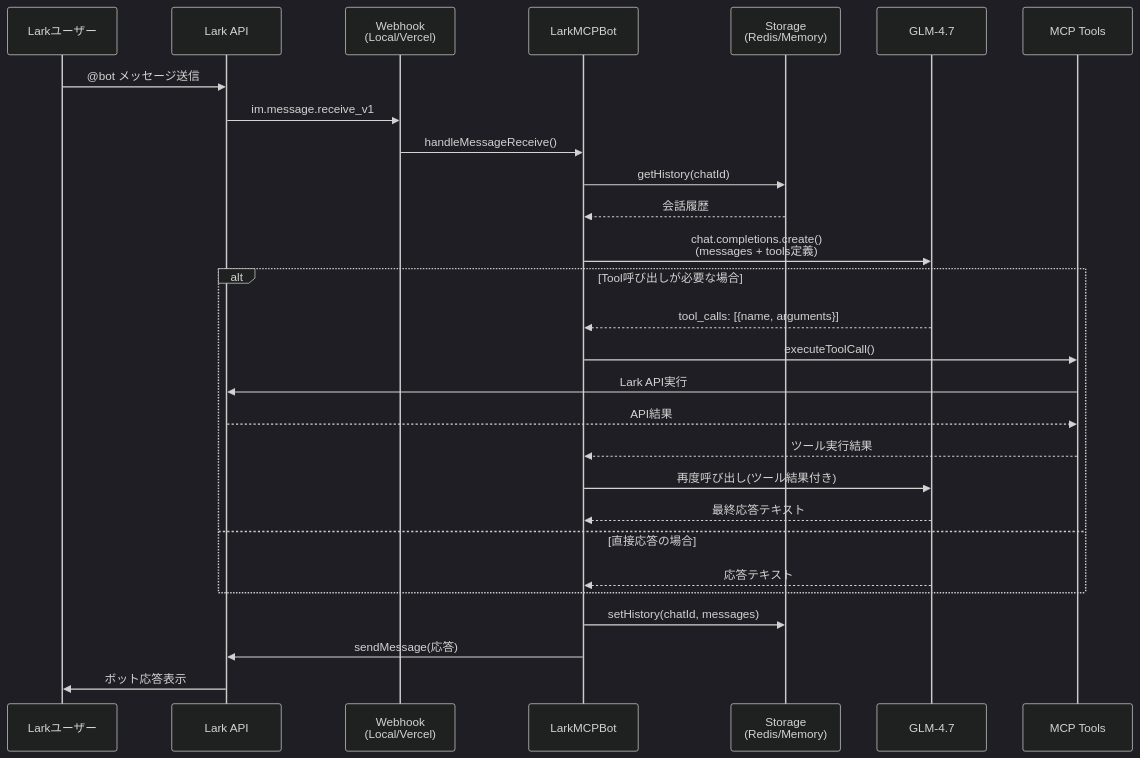
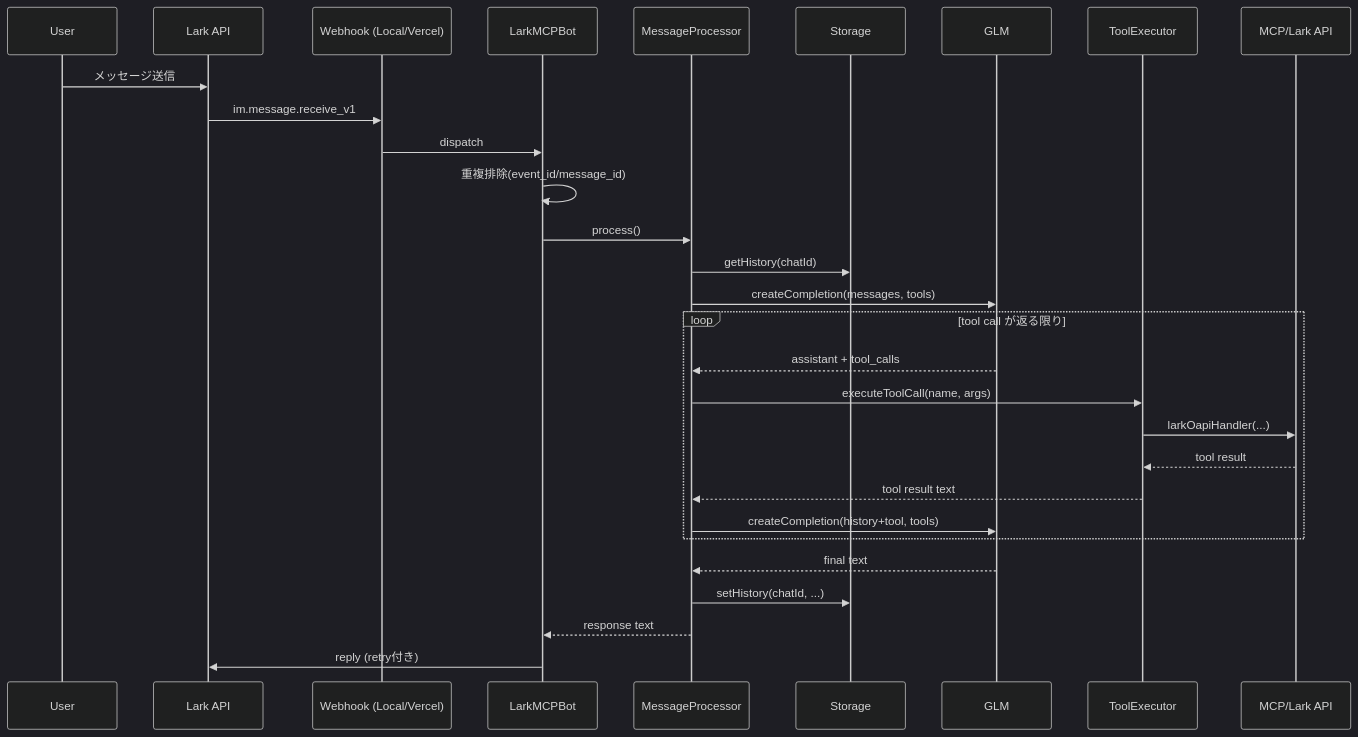
One commit to shoma-endo/lark-mcp-bot changed the second of 2 diagrams in README.md. Above: the diagram before and after it, drawn with Mermaid (dark theme). The commit also changed other lines of this file, not shown here.

Commit message:
docs: refresh README architecture to match current implementation

````diff
--- a/README.md
+++ b/README.md
@@ -74,35 +89,34 @@
 ```mermaid
 sequenceDiagram
-    participant U as Larkユーザー
+    participant U as User
     participant L as Lark API
-    participant W as Webhook<br/>(Local/Vercel)
+    participant W as Webhook (Local/Vercel)
     participant B as LarkMCPBot
-    participant S as Storage<br/>(Redis/Memory)
-    participant G as GLM-4.7
-    participant M as MCP Tools
+    participant P as MessageProcessor
+    participant S as Storage
+    participant G as GLM
+    participant T as ToolExecutor
+    participant M as MCP/Lark API
 
-    U->>L: @bot メッセージ送信
+    U->>L: メッセージ送信
     L->>W: im.message.receive_v1
-    W->>B: handleMessageReceive()
+    W->>B: dispatch
+    B->>B: 重複排除(event_id/message_id)
+    B->>P: process()
+    P->>S: getHistory(chatId)
+    P->>G: createCompletion(messages, tools)
 
-    B->>S: getHistory(chatId)
-    S-->>B: 会話履歴
-
-    B->>G: chat.completions.create()<br/>(messages + tools定義)
-
-    alt Tool呼び出しが必要な場合
-        G-->>B: tool_calls: [{name, arguments}]
-        B->>M: executeToolCall()
-        M->>L: Lark API実行
-        L-->>M: API結果
-        M-->>B: ツール実行結果
-        B->>G: 再度呼び出し(ツール結果付き)
-        G-->>B: 最終応答テキスト
-    else 直接応答の場合
-        G-->>B: 応答テキスト
+    loop tool call が返る限り
+        G-->>P: assistant + tool_calls
+        P->>T: executeToolCall(name, args)
+        T->>M: larkOapiHandler(...)
+        M-->>T: tool result
+        T-->>P: tool result text
+        P->>G: createCompletion(history+tool, tools)
     end
 
-    B->>S: setHistory(chatId, messages)
-    B->>L: sendMessage(応答)
-    L->>U: ボット応答表示
+    G-->>P: final text
+    P->>S: setHistory(chatId, ...)
+    P-->>B: response text
+    B->>L: reply (retry付き)
 ```
````
